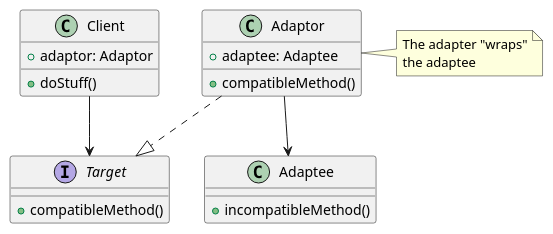
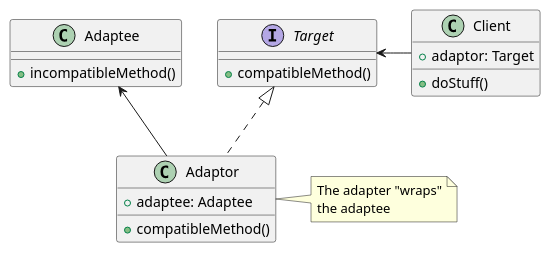
Before and after one commit to 2DGD-F0TH/2DGD_F0TH: the diagram in raw_resources/images/design_patterns/class_object_adapter.puml, drawn with PlantUML. The commit also changed 23 other files, not shown here.

Commit message:
Updated design patterns UML diagrams

```diff
--- a/raw_resources/images/design_patterns/class_object_adapter.puml
+++ b/raw_resources/images/design_patterns/class_object_adapter.puml
@@ -1,28 +1,28 @@
 @startuml
 class Client{
-    + adaptor: Adaptor
+    + adaptor: Target
     + doStuff()
 }
 
 interface Target{
     + compatibleMethod()
 }
 
 class Adaptor{
     + adaptee: Adaptee
     + compatibleMethod()
 }
 
 note right of Adaptor
     The adapter "wraps"
     the adaptee
 end note
 
 class Adaptee{
     + incompatibleMethod()
 }
 
-Client --> Target
-Adaptor ..|> Target
-Adaptor --> Adaptee
+Client -left-> Target
+Adaptor .up.|> Target
+Adaptor -up-> Adaptee
 @enduml
```
